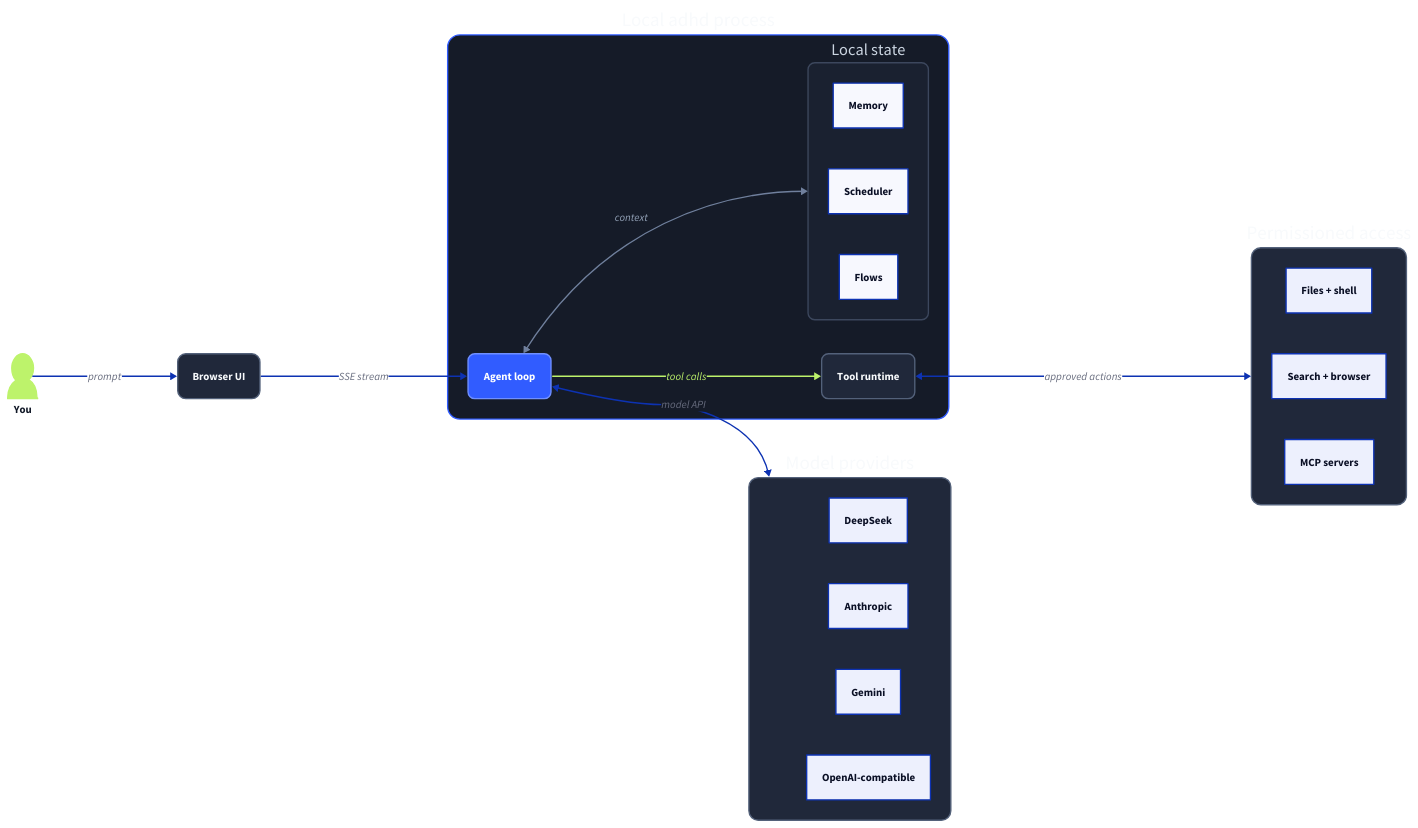
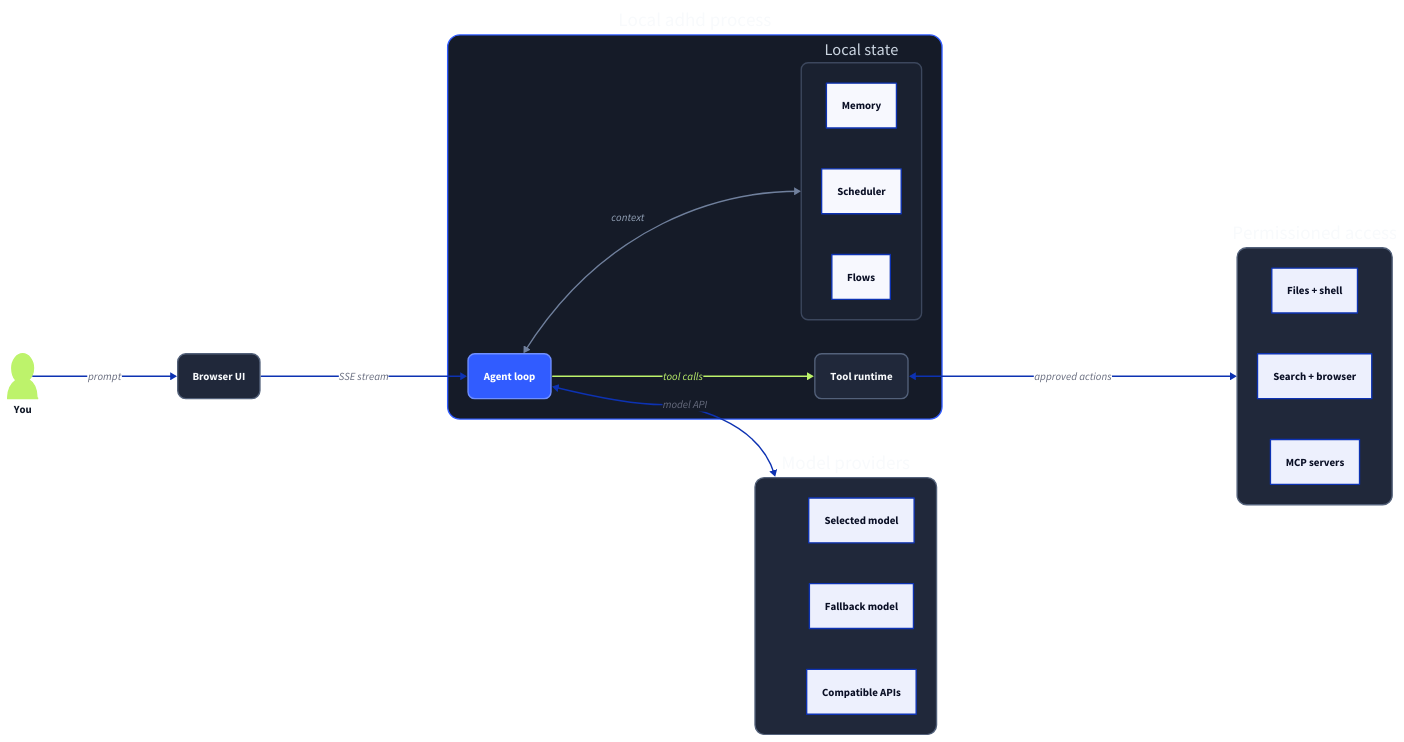
One commit to Adhishtanaka/adhd changed the diagram in assets/architecture.d2. Above: the diagram before and after it, drawn with D2. The commit also changed 5 other files, not shown here.

```diff
--- a/assets/architecture.d2
+++ b/assets/architecture.d2
@@ -1,81 +1,80 @@
 direction: right
 
 user: You {
   shape: person
   style.fill: "#BDF36B"
   style.stroke: "#BDF36B"
   style.font-color: "#111827"
 }
 
 browser: Browser UI {
   style.fill: "#20283A"
   style.stroke: "#53617A"
   style.font-color: "#F8FAFC"
   style.border-radius: 12
 }
 
 local: Local adhd process {
   style.fill: "#151B28"
   style.stroke: "#315CFF"
   style.font-color: "#F8FAFC"
   style.border-radius: 18
 
   agent: Agent loop {
     style.fill: "#315CFF"
     style.stroke: "#6F8FFF"
     style.font-color: "#FFFFFF"
     style.border-radius: 10
   }
 
   tools: Tool runtime {
     style.fill: "#20283A"
     style.stroke: "#53617A"
     style.font-color: "#F8FAFC"
     style.border-radius: 10
   }
 
   state: Local state {
     memory: Memory
     schedules: Scheduler
     flows: Flows
     style.fill: "#1A2130"
     style.stroke: "#3C475D"
     style.font-color: "#CBD5E1"
     style.border-radius: 10
   }
 
   agent -> tools: tool calls {
     style.stroke: "#BDF36B"
     style.font-color: "#BDF36B"
   }
   agent <-> state: context {
     style.stroke: "#70809D"
     style.font-color: "#94A3B8"
   }
 }
 
 models: Model providers {
-  deepseek: DeepSeek
-  anthropic: Anthropic
-  gemini: Gemini
-  compatible: OpenAI-compatible
+  selected: Selected model
+  fallback: Fallback model
+  compatible: Compatible APIs
   style.fill: "#20283A"
   style.stroke: "#53617A"
   style.font-color: "#F8FAFC"
   style.border-radius: 14
 }
 
 world: Permissioned access {
   files: Files + shell
   web: Search + browser
   mcp: MCP servers
   style.fill: "#20283A"
   style.stroke: "#53617A"
   style.font-color: "#F8FAFC"
   style.border-radius: 14
 }
 
 user -> browser: prompt
 browser -> local.agent: SSE stream
 local.agent <-> models: model API
 local.tools <-> world: approved actions
```
